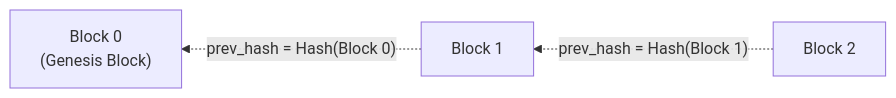
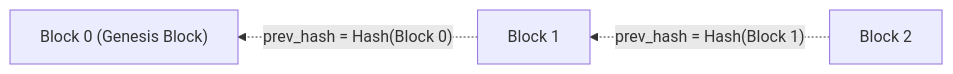
Before and after one commit to walidwh21/MiniChain: the fourth of 9 diagrams in README.md, drawn with Mermaid. The commit also changed other lines of this file, not shown here.

````diff
--- a/README.md
+++ b/README.md
@@ -165,5 +172,5 @@
 ```mermaid
 flowchart RL
     B2["Block 2"] -.->|"prev_hash = Hash(Block 1)"| B1["Block 1"]
-    B1 -.->|"prev_hash = Hash(Block 0)"| G["Block 0<br/>(Genesis Block)"]
+    B1 -.->|"prev_hash = Hash(Block 0)"| G["Block 0 (Genesis Block)"]
 ```
````
